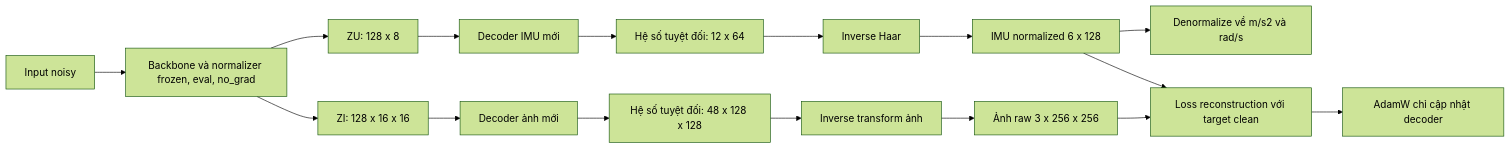
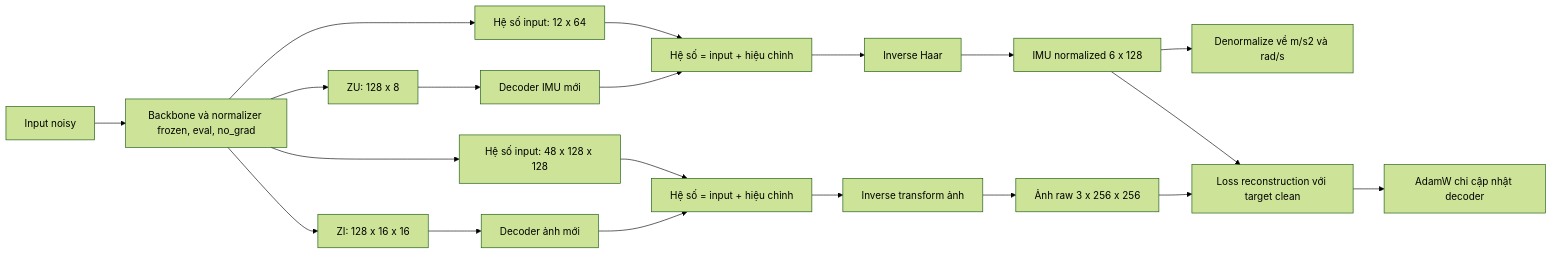
One commit to leesanghyoek/qwt_jepa_ver3 changed the fifth of 6 diagrams in KIEN_TRUC_VA_QUY_TRINH_TRAIN.md. Above: the diagram before and after it, drawn with Mermaid (forest theme). The commit also changed other lines of this file and 10 other files, not shown here.

````diff
--- a/KIEN_TRUC_VA_QUY_TRINH_TRAIN.md
+++ b/KIEN_TRUC_VA_QUY_TRINH_TRAIN.md
@@ -298,18 +298,22 @@
 ```mermaid
 flowchart LR
     X[Input noisy] --> B[Backbone và normalizer frozen, eval, no_grad]
     B --> ZI[ZI: 128 x 16 x 16]
     B --> ZU[ZU: 128 x 8]
+    B --> BI[Hệ số input: 48 x 128 x 128]
+    B --> BU[Hệ số input: 12 x 64]
     ZI --> DI[Decoder ảnh mới]
     ZU --> DU[Decoder IMU mới]
-    DI --> CI[Hệ số tuyệt đối: 48 x 128 x 128]
-    DU --> CU[Hệ số tuyệt đối: 12 x 64]
+    DI --> CI[Hệ số = input + hiệu chỉnh]
+    DU --> CU[Hệ số = input + hiệu chỉnh]
+    BI --> CI
+    BU --> CU
     CI --> II[Inverse transform ảnh]
     CU --> IU[Inverse Haar]
     II --> RI[Ảnh raw 3 x 256 x 256]
     IU --> RU[IMU normalized 6 x 128]
     RU --> PH[Denormalize về m/s2 và rad/s]
     RI --> L[Loss reconstruction với target clean]
     RU --> L
     L --> O[AdamW chỉ cập nhật decoder]
 ```
````
